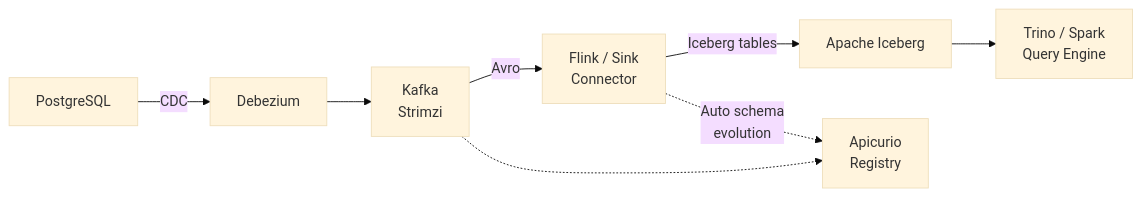
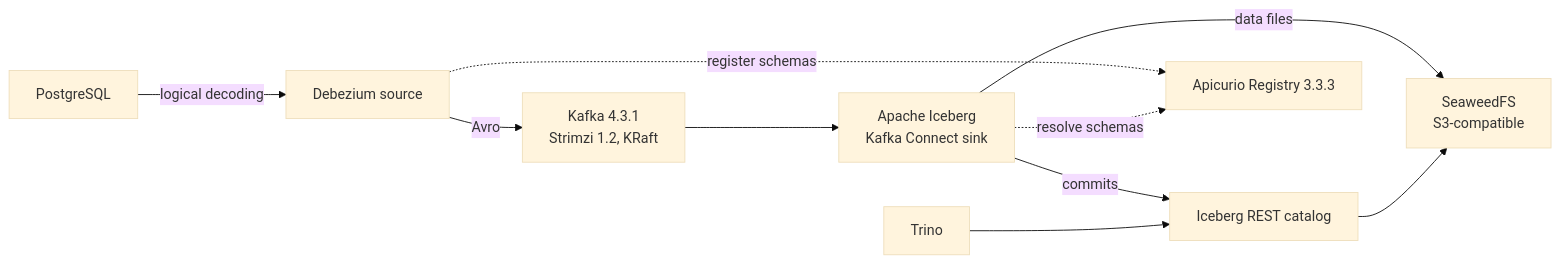
One commit to carlesarnal/conferences changed the diagram in talks/database-to-lakehouse-realtime/README.md. Above: the diagram before and after it, drawn with Mermaid (base theme). The commit also changed other lines of this file and 163 other files, not shown here.

````diff
--- a/talks/database-to-lakehouse-realtime/README.md
+++ b/talks/database-to-lakehouse-realtime/README.md
@@ -9,11 +12,12 @@
 ```mermaid
 graph LR
-    PG[PostgreSQL] -->|CDC| Debezium
-    Debezium --> Kafka[Kafka\nStrimzi]
-    Kafka -->|Avro| Sink[Flink / Sink\nConnector]
-    Sink -->|Iceberg tables| Iceberg[Apache Iceberg]
-    Iceberg --> Query[Trino / Spark\nQuery Engine]
-
-    Kafka -.-> Registry[Apicurio\nRegistry]
-    Sink -.->|Auto schema\nevolution| Registry
+    PG[PostgreSQL] -->|logical decoding| DBZ[Debezium source]
+    DBZ -->|Avro| Kafka[Kafka 4.3.1\nStrimzi 1.2, KRaft]
+    Kafka --> Sink[Apache Iceberg\nKafka Connect sink]
+    Sink -->|data files| S3[SeaweedFS\nS3-compatible]
+    Sink -->|commits| Cat[Iceberg REST catalog]
+    Cat --> S3
+    Trino[Trino] --> Cat
+    DBZ -.->|register schemas| Reg[Apicurio Registry 3.3.3]
+    Sink -.->|resolve schemas| Reg
 ```
````
